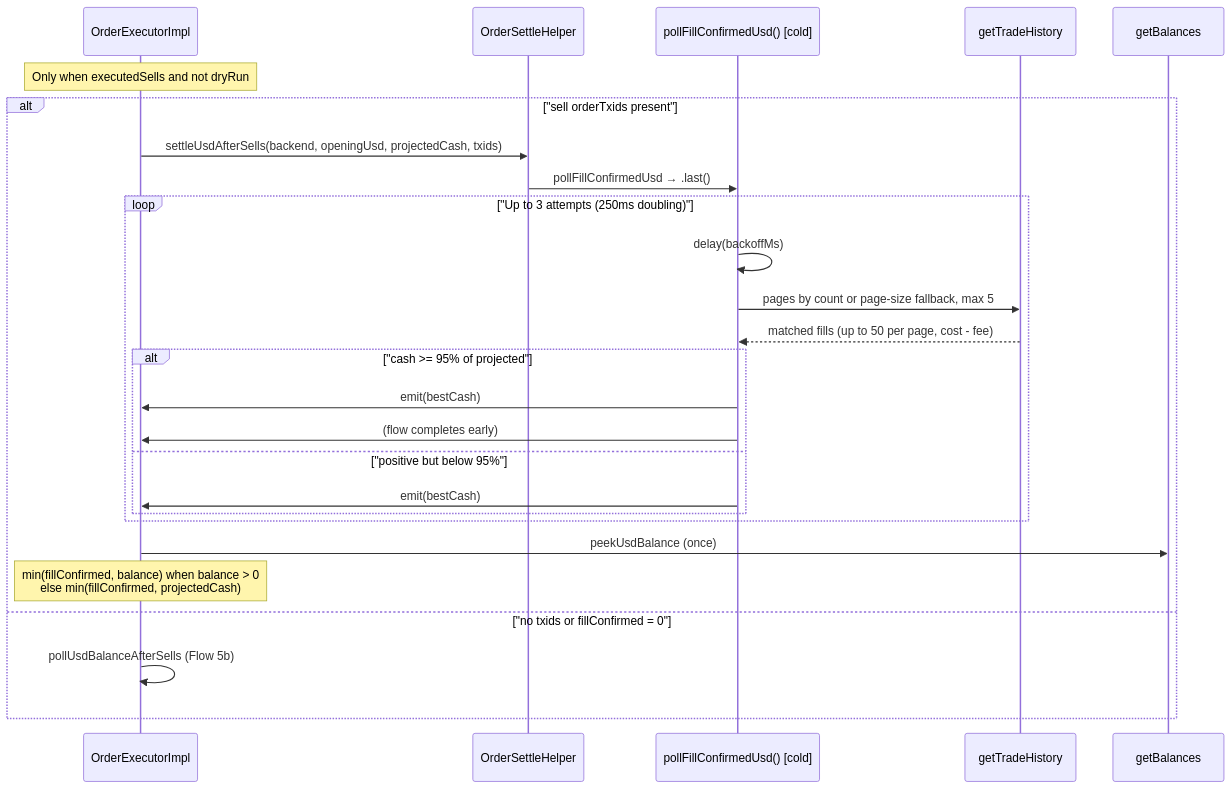
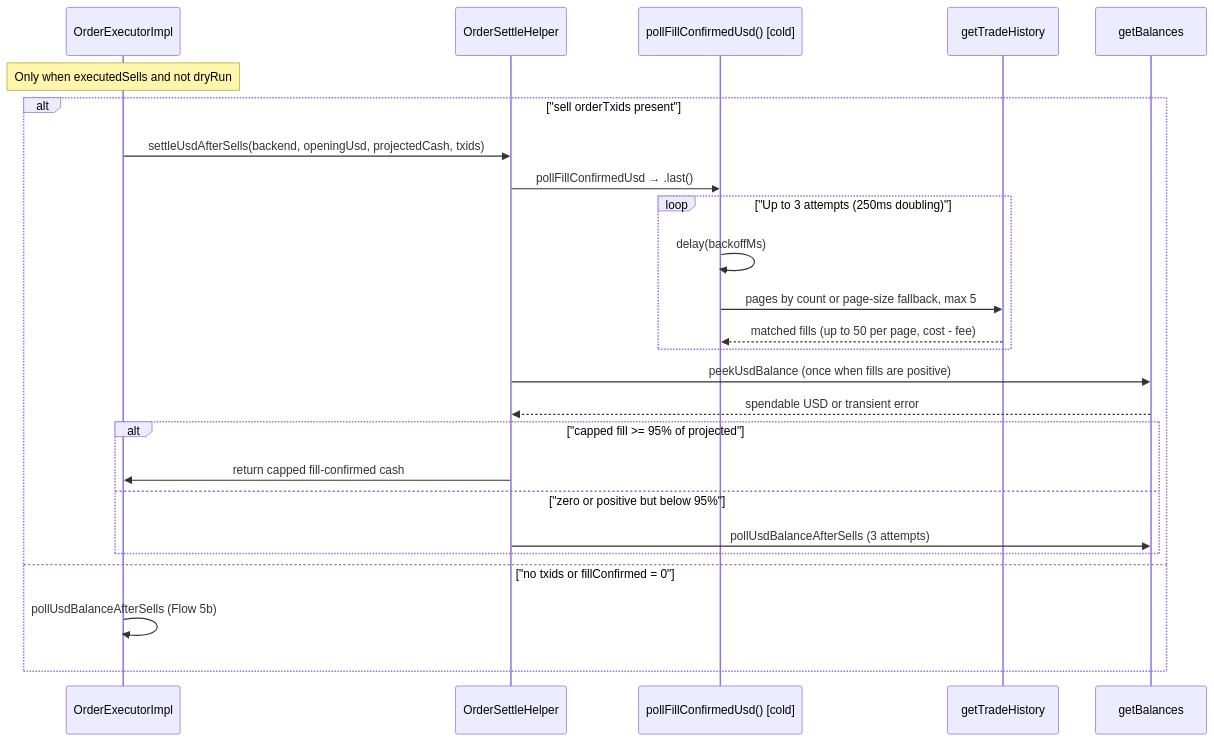
One commit to HyperVon/new-kraken-rebalancer changed the sixth of 7 diagrams in docs/FLOWS.md. Above: the diagram before and after it, drawn with Mermaid. The commit also changed other lines of this file and 21 other files, not shown here.

````diff
--- a/docs/FLOWS.md
+++ b/docs/FLOWS.md
@@ -342,29 +344,28 @@
 ```mermaid
 sequenceDiagram
     participant OE as OrderExecutorImpl
     participant OSH as OrderSettleHelper
     participant Fill as pollFillConfirmedUsd() [cold]
     participant Hist as getTradeHistory
     participant Bal as getBalances
 
     note over OE: Only when executedSells and not dryRun
     alt "sell orderTxids present"
         OE->>OSH: settleUsdAfterSells(backend, openingUsd, projectedCash, txids)
         OSH->>Fill: pollFillConfirmedUsd → .last()
         loop "Up to 3 attempts (250ms doubling)"
             Fill->>Fill: delay(backoffMs)
             Fill->>Hist: pages by count or page-size fallback, max 5
             Hist-->>Fill: matched fills (up to 50 per page, cost - fee)
-            alt "cash >= 95% of projected"
-                Fill->>OE: emit(bestCash)
-                Fill->>OE: (flow completes early)
-            else "positive but below 95%"
-                Fill->>OE: emit(bestCash)
-            end
         end
-        OE->>Bal: peekUsdBalance (once)
-        note over OE: min(fillConfirmed, balance) when balance > 0<br/>else min(fillConfirmed, projectedCash)
+        OSH->>Bal: peekUsdBalance (once when fills are positive)
+        Bal-->>OSH: spendable USD or transient error
+        alt "capped fill >= 95% of projected"
+            OSH->>OE: return capped fill-confirmed cash
+        else "zero or positive but below 95%"
+            OSH->>Bal: pollUsdBalanceAfterSells (3 attempts)
+        end
     else "no txids or fillConfirmed = 0"
         OE->>OE: pollUsdBalanceAfterSells (Flow 5b)
     end
 ```
````
